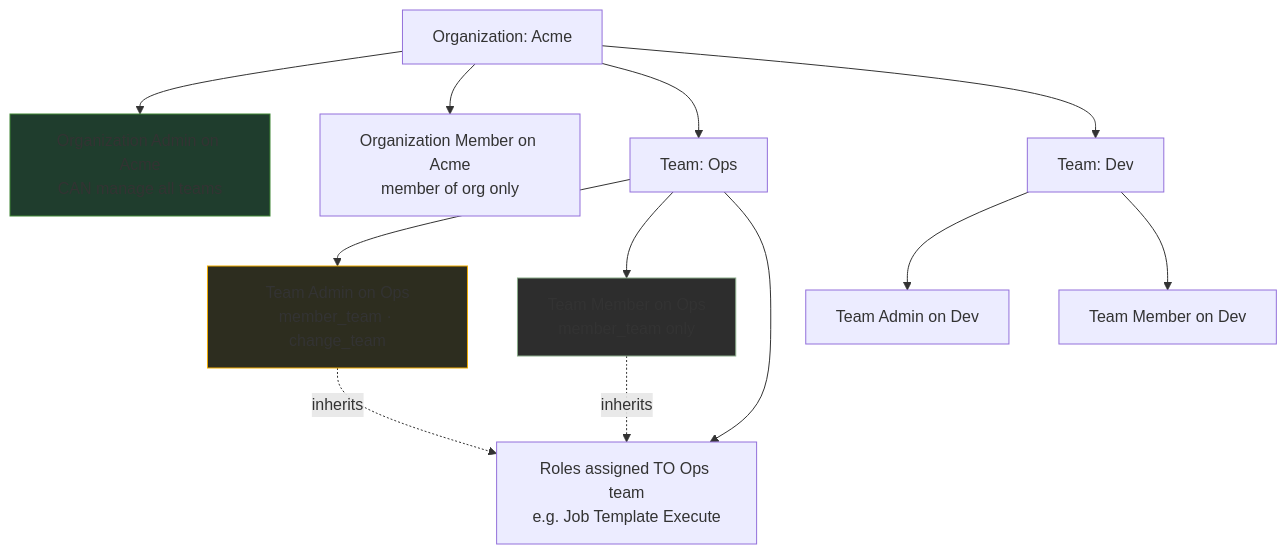
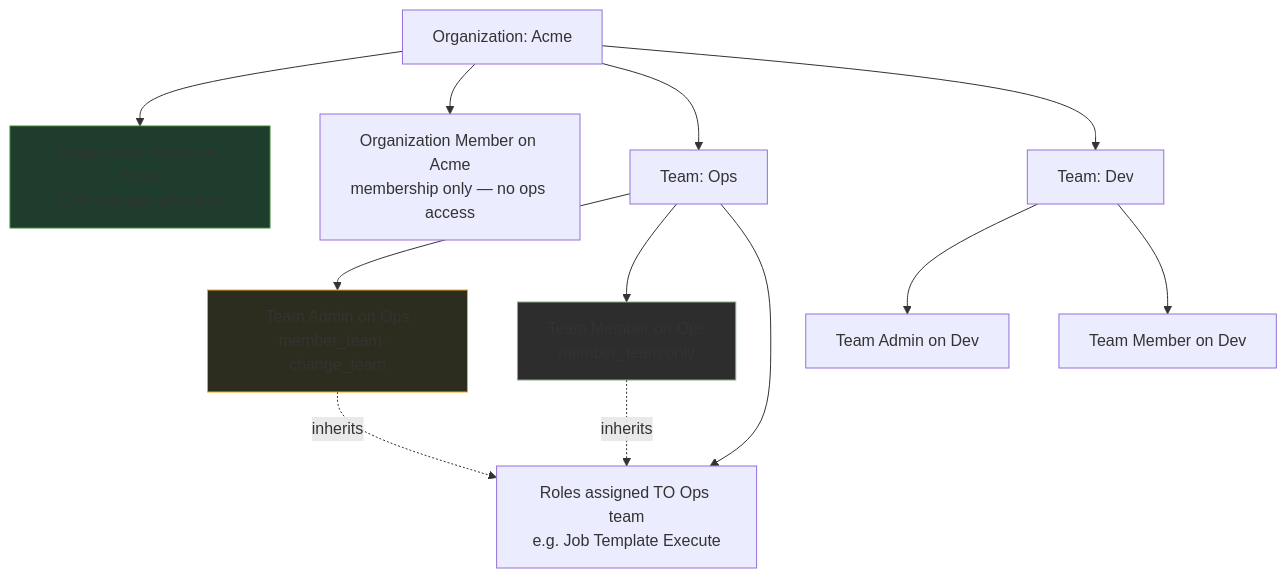
Before and after one commit to lennysh/aap-rbac-notes: the third of 6 diagrams in AAP-RBAC-ROLE-HIERARCHY.md, drawn with Mermaid. The commit also changed other lines of this file and 2 other files, not shown here.

Commit message:
add org member notes per @rh-raustin

````diff
--- a/AAP-RBAC-ROLE-HIERARCHY.md
+++ b/AAP-RBAC-ROLE-HIERARCHY.md
@@ -262,24 +265,24 @@
 ```mermaid
 flowchart TB
     ORG["Organization: Acme"]
 
     ORG --> OA["Organization Admin on Acme<br/>CAN manage all teams"]
-    ORG --> OM["Organization Member on Acme<br/>member of org only"]
+    ORG --> OM["Organization Member on Acme<br/>membership only — no ops access"]
 
     ORG --> T1["Team: Ops"]
     ORG --> T2["Team: Dev"]
 
     T1 --> TA1["Team Admin on Ops<br/>member_team · change_team"]
     T1 --> TM1["Team Member on Ops<br/>member_team only"]
     T1 --> TR1["Roles assigned TO Ops team<br/>e.g. Job Template Execute"]
 
     TM1 -.->|inherits| TR1
     TA1 -.->|inherits| TR1
 
     T2 --> TA2["Team Admin on Dev"]
     T2 --> TM2["Team Member on Dev"]
 
     style OA fill:#1f3d2d,stroke:#3e8635
     style TA1 fill:#2d2d1f,stroke:#f0ab00
     style TM1 fill:#2d2d2d,stroke:#8a8
 ```
````
